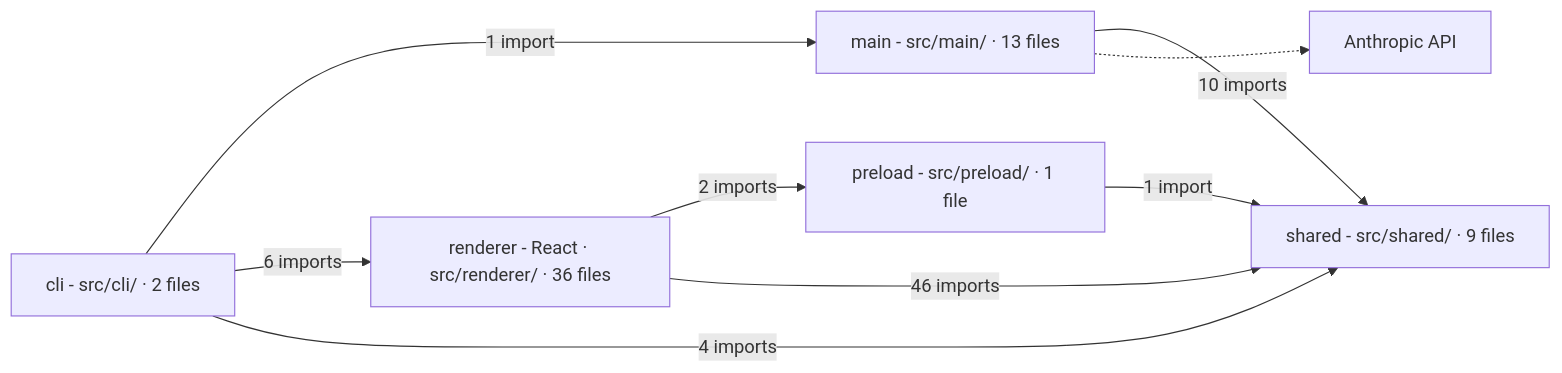
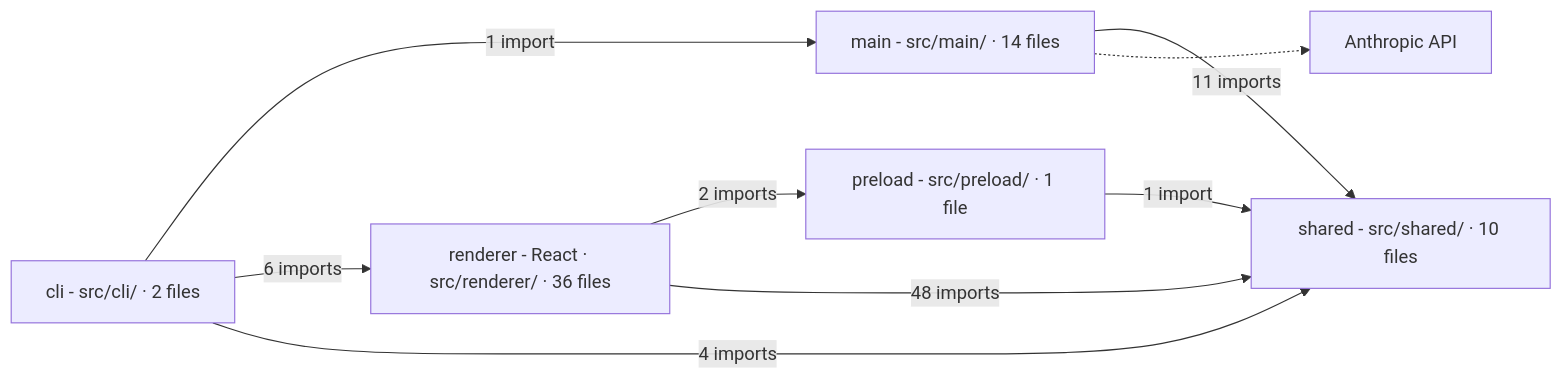
The diagram in docs/architecture.md (Sarthak-47/crtgrphr), drawn with Mermaid before and after one commit. The commit also changed 29 other files, not shown here.

First line of the commit message:
Go and Rust import graphs

````diff
--- a/docs/architecture.md
+++ b/docs/architecture.md
@@ -3,20 +3,20 @@
 ```mermaid
 flowchart LR
   dir_src_cli["cli - src/cli/ · 2 files"]
-  dir_src_main["main - src/main/ · 13 files"]
+  dir_src_main["main - src/main/ · 14 files"]
   dir_src_preload["preload - src/preload/ · 1 file"]
   dir_src_renderer["renderer - React · src/renderer/ · 36 files"]
-  dir_src_shared["shared - src/shared/ · 9 files"]
+  dir_src_shared["shared - src/shared/ · 10 files"]
   anthropic_api["Anthropic API"]
   dir_src_cli -->|"1 import"| dir_src_main
   dir_src_cli -->|"6 imports"| dir_src_renderer
   dir_src_cli -->|"4 imports"| dir_src_shared
-  dir_src_main -->|"10 imports"| dir_src_shared
+  dir_src_main -->|"11 imports"| dir_src_shared
   dir_src_preload -->|"1 import"| dir_src_shared
   dir_src_renderer -->|"2 imports"| dir_src_preload
-  dir_src_renderer -->|"46 imports"| dir_src_shared
+  dir_src_renderer -->|"48 imports"| dir_src_shared
   dir_src_main -.-> anthropic_api
   class dir_src_cli,dir_src_main,dir_src_preload,dir_src_shared backend
   class dir_src_renderer frontend
   class anthropic_api service
 ```
````
